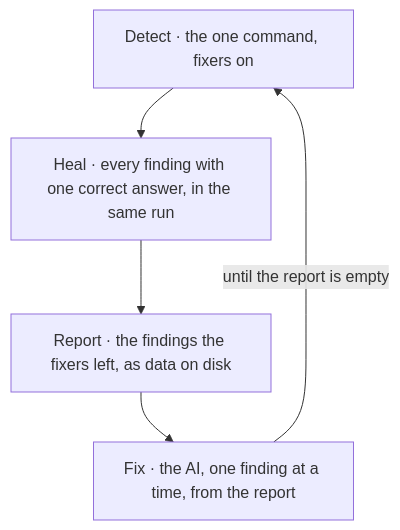
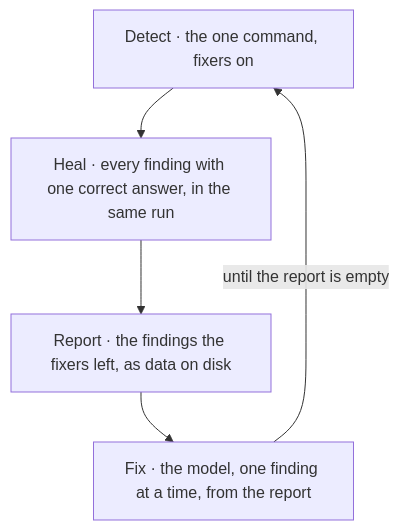
The first of 16 diagrams in BUILD.md (Varietyz/Disciplined-AI-Software-Development), drawn with Mermaid before and after one commit. The commit also changed other lines of this file and 25 other files, not shown here.

````diff
--- a/BUILD.md
+++ b/BUILD.md
@@ -39,9 +35,9 @@
 ```mermaid
 flowchart TB
 detect["Detect · the one command, fixers on"]
 heal["Heal · every finding with one correct answer, in the same run"]
 report["Report · the findings the fixers left, as data on disk"]
-fix["Fix · the AI, one finding at a time, from the report"]
+fix["Fix · the model, one finding at a time, from the report"]
 detect --> heal --> report --> fix
 fix -- until the report is empty --> detect
 ```
````
